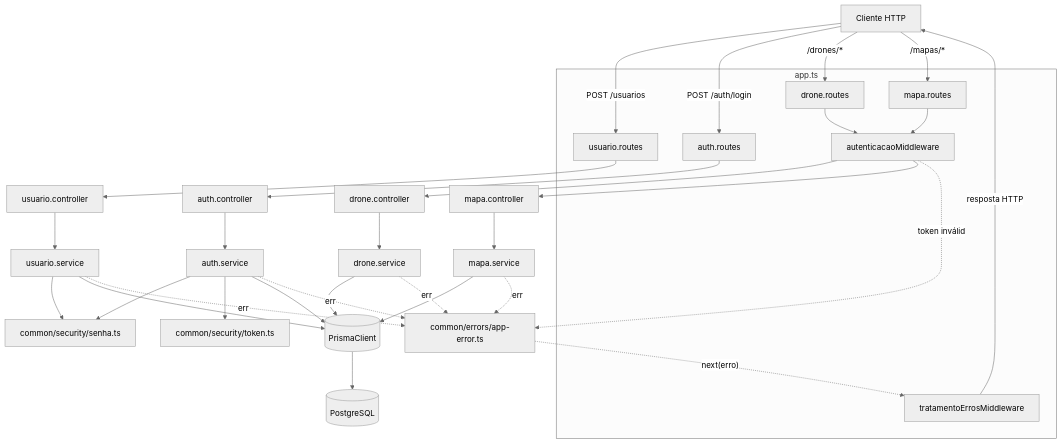
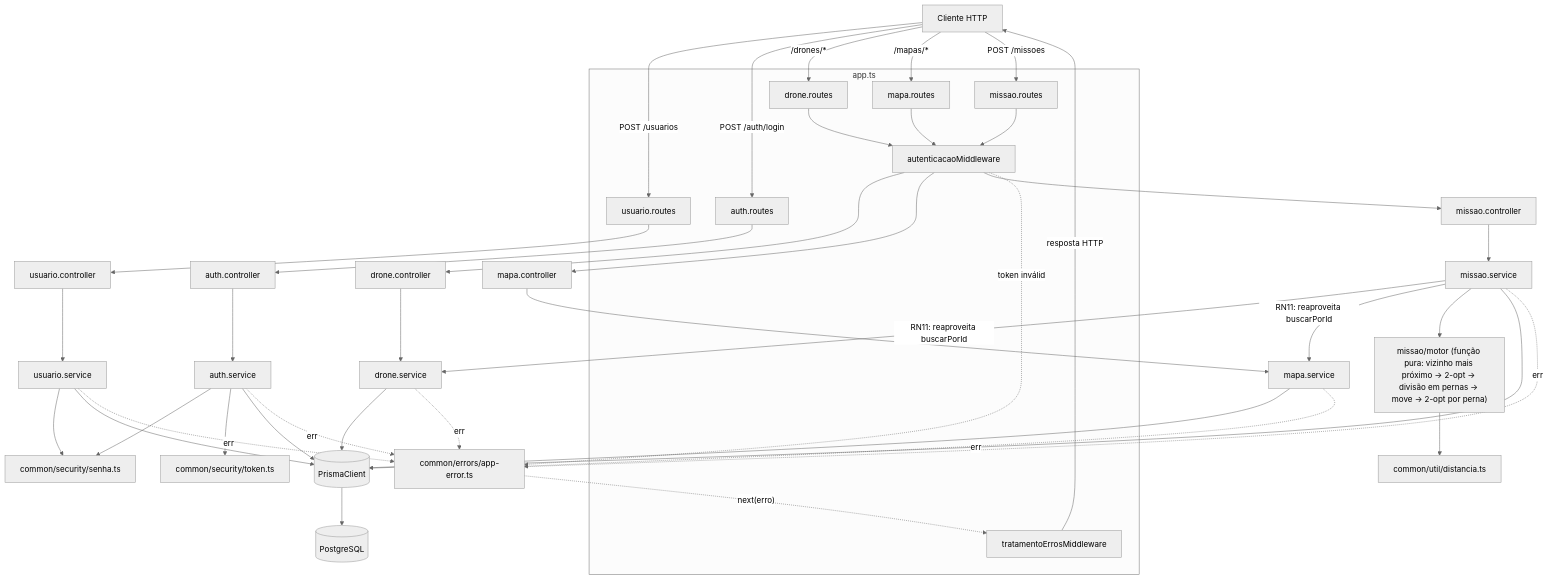
One commit to hugodanielkj/drone-route-optimization-backend changed the diagram in docs/architecture/visao-geral.md. Above: the diagram before and after it, drawn with Mermaid (neutral theme). The commit also changed other lines of this file and 32 other files, not shown here.

````diff
--- a/docs/architecture/visao-geral.md
+++ b/docs/architecture/visao-geral.md
@@ -36,52 +38,64 @@
 ```mermaid
 graph TD
     Client[Cliente HTTP]
 
     subgraph app.ts
         UsuarioRoutes[usuario.routes]
         AuthRoutes[auth.routes]
         DroneRoutes[drone.routes]
         MapaRoutes[mapa.routes]
+        MissaoRoutes[missao.routes]
         AuthMW[autenticacaoMiddleware]
         ErroMW[tratamentoErrosMiddleware]
     end
 
     UsuarioController[usuario.controller]
     UsuarioService[usuario.service]
     AuthController[auth.controller]
     AuthService[auth.service]
     DroneController[drone.controller]
     DroneService[drone.service]
     MapaController[mapa.controller]
     MapaService[mapa.service]
+    MissaoController[missao.controller]
+    MissaoService[missao.service]
+    Motor["missao/motor (função pura: vizinho mais próximo → 2-opt → divisão em pernas → move → 2-opt por perna)"]
 
     Senha[common/security/senha.ts]
     Token[common/security/token.ts]
     Errors[common/errors/app-error.ts]
+    Distancia[common/util/distancia.ts]
 
     Prisma[(PrismaClient)]
     DB[(PostgreSQL)]
 
     Client -->|POST /usuarios| UsuarioRoutes --> UsuarioController --> UsuarioService
     Client -->|POST /auth/login| AuthRoutes --> AuthController --> AuthService
     Client -->|"/drones/*"| DroneRoutes --> AuthMW --> DroneController --> DroneService
     Client -->|"/mapas/*"| MapaRoutes --> AuthMW --> MapaController --> MapaService
+    Client -->|POST /missoes| MissaoRoutes --> AuthMW --> MissaoController --> MissaoService
 
     UsuarioService --> Senha
     UsuarioService --> Prisma
     AuthService --> Senha
     AuthService --> Token
     AuthService --> Prisma
     DroneService --> Prisma
     MapaService --> Prisma
+    MissaoService -->|"RN11: reaproveita buscarPorId"| DroneService
+    MissaoService -->|"RN11: reaproveita buscarPorId"| MapaService
+    MissaoService --> Motor
+    MissaoService --> Prisma
+    Motor --> Distancia
 
     UsuarioService -.erro.-> Errors
     AuthService -.erro.-> Errors
     DroneService -.erro.-> Errors
     MapaService -.erro.-> Errors
+    MissaoService -.erro.-> Errors
     AuthMW -.token inválido.-> Errors
     Errors -.next(erro).-> ErroMW
     ErroMW -->|resposta HTTP| Client
 
     Prisma --> DB
 ```
````
